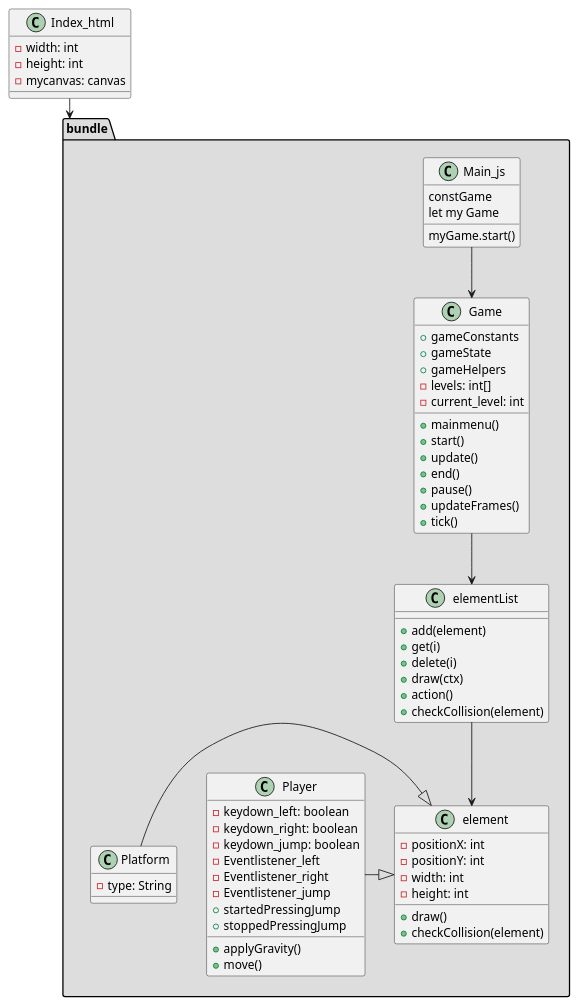
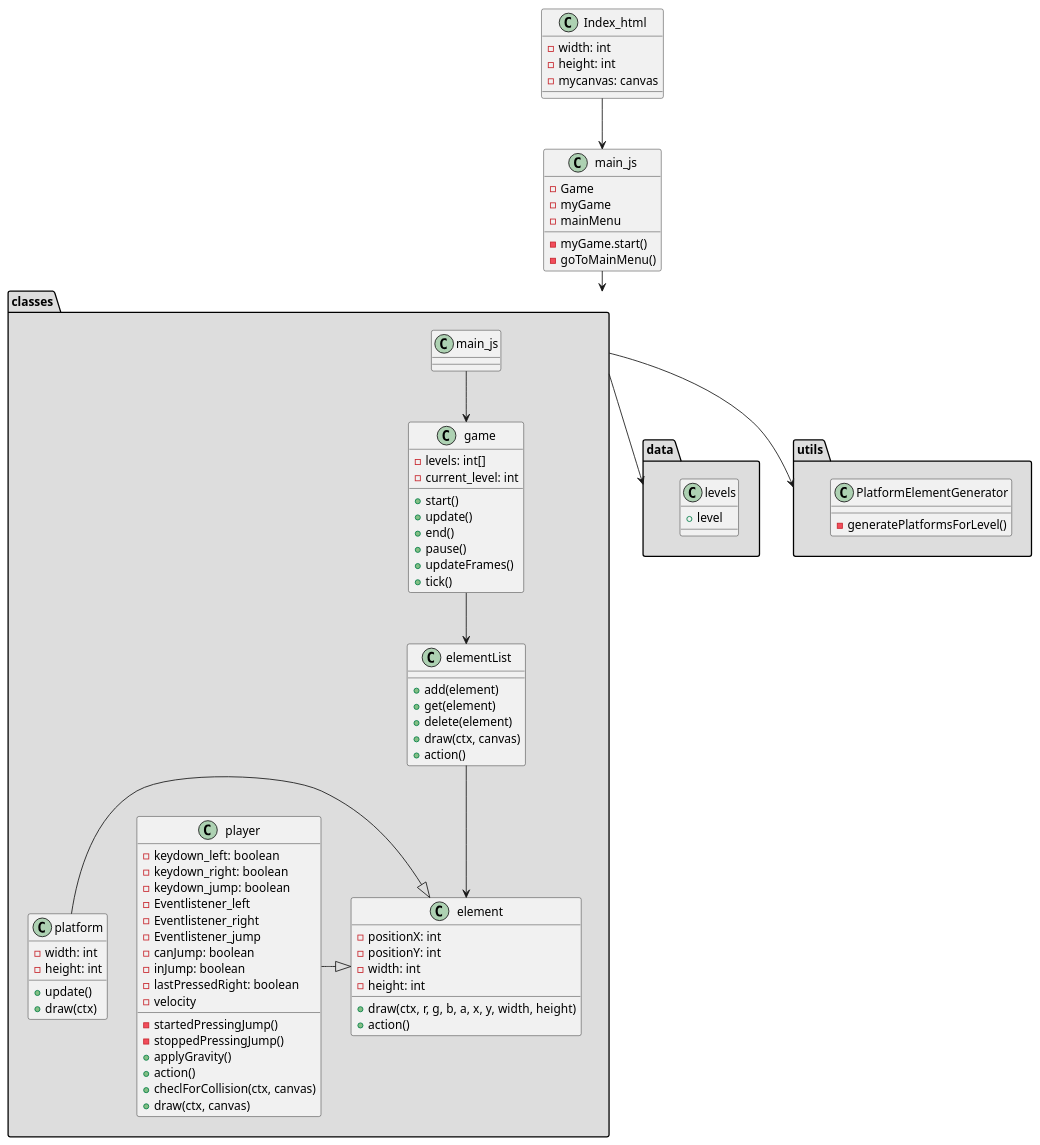
Before and after one commit to ozhadykov/browsergame-bachelor: the diagram in klassendiagramm.puml, drawn with PlantUML.

Commit message:
neues klassendiagram

```diff
--- a/klassendiagramm.puml
+++ b/klassendiagramm.puml
@@ -1,82 +1,103 @@
 @startuml
 
 class Index_html {
   - width: int
   - height: int
   - mycanvas: canvas
 }
 
 
 
-package "bundle" #DDDDDD{
+package "classes" #DDDDDD{
 
-class Main_js {
-  constGame
-  let my Game
-  myGame.start()
+  class game {
+    - levels: int[]
+    - current_level: int 
+    + start()
+    + update()
+    + end()
+    + pause()
+    + updateFrames()
+    + tick()
+  
+  }
+  
+  
+  class player {
+    - keydown_left: boolean
+    - keydown_right: boolean
+    - keydown_jump: boolean
+    - Eventlistener_left
+    - Eventlistener_right
+    - Eventlistener_jump
+    - canJump: boolean
+    - inJump: boolean
+    - lastPressedRight: boolean
+    - velocity
+    - startedPressingJump()
+    - stoppedPressingJump()
+    + applyGravity()
+    + action()
+    + checlForCollision(ctx, canvas)
+    + draw(ctx, canvas)
+  }
+  
+  class elementList {
+    + add(element)
+    + get(element)
+    + delete(element)
+    + draw(ctx, canvas)
+    + action()
+  }
+  
+  class element {
+    - positionX: int 
+    - positionY: int 
+    - width: int
+    - height: int
+    + draw(ctx, r, g, b, a, x, y, width, height)
+    + action()
+  }
+  
+  class platform {
+  - width: int
+  - height: int
+  + update()
+  + draw(ctx)
+  }
+  
+  
+game --> elementList
+elementList --> element
+player -|>element
+platform -|> element
+main_js --> game
 }
 
-
-class Game {
-  + gameConstants
-  + gameState
-  + gameHelpers
-  - levels: int[]
-  - current_level: int
-  + mainmenu()
-  + start()
-  + update()
-  + end()
-  + pause()
-  + updateFrames()
-  + tick()
-
+class main_js {
+  -Game
+  -myGame
+  -mainMenu
+  -myGame.start() 
+  -goToMainMenu()
 }
 
-
-class Player {
-  - keydown_left: boolean
-  - keydown_right: boolean
-  - keydown_jump: boolean
-  - Eventlistener_left
-  - Eventlistener_right
-  - Eventlistener_jump
-  + startedPressingJump
-  + stoppedPressingJump
-  + applyGravity()
-  + move()
+package "data" #DDDDDD{
+  
+  class levels {
+  + level
+  }
 }
 
-class elementList {
-  + add(element)
-  + get(i)
-  + delete(i)
-  + draw(ctx)
-  + action()
-  + checkCollision(element)
+package "utils" #DDDDDD{
+
+  class PlatformElementGenerator{
+  - generatePlatformsForLevel()
+  }
 }
 
-class element {
-  - positionX: int
-  - positionY: int
-  - width: int
-  - height: int
-  + draw()
-  + checkCollision(element)
-}
-
-
-class Platform {
-  - type: String
-}
-
-
-
-Game --> elementList
-elementList --> element
-Player -|>element
-Platform -|> element
-Main_js --> Game
-}
-Index_html -->bundle
+Index_html --> main_js
+main_js --> classes
+classes --> data
+classes --> utils
 @enduml
```
